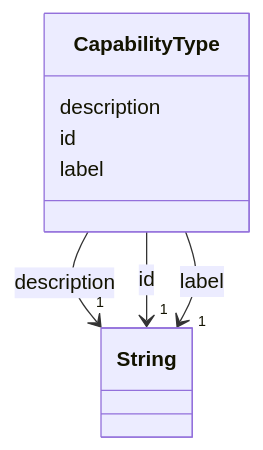
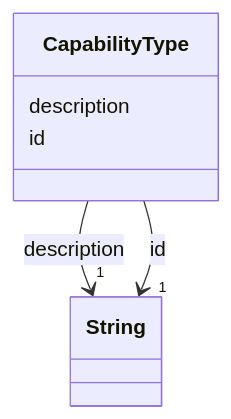
One commit to maikeljsb/rcpc-schema changed the diagram in docs/model/common/CapabilityType.md. Above: the diagram before and after it, drawn with Mermaid. The commit also changed other lines of this file and 10 other files, not shown here.

First line of the commit message:
refactor(common): make id the name and drop label from CapabilityType

````diff
--- a/docs/model/common/CapabilityType.md
+++ b/docs/model/common/CapabilityType.md
@@ -23,39 +23,28 @@
 ```mermaid
  classDiagram
     class CapabilityType
     click CapabilityType href "../CapabilityType/"
       CapabilityType : description
         
           
     
         
         
         CapabilityType --> "1" String : description
         click String href "../http://www.w3.org/2001/XMLSchema#string/"
     
 
         
       CapabilityType : id
         
           
     
         
         
         CapabilityType --> "1" String : id
         click String href "../http://www.w3.org/2001/XMLSchema#string/"
     
 
         
-      CapabilityType : label
-        
-          
-    
-        
-        
-        CapabilityType --> "1" String : label
-        click String href "../http://www.w3.org/2001/XMLSchema#string/"
-    
-
-        
       
 ```
````
